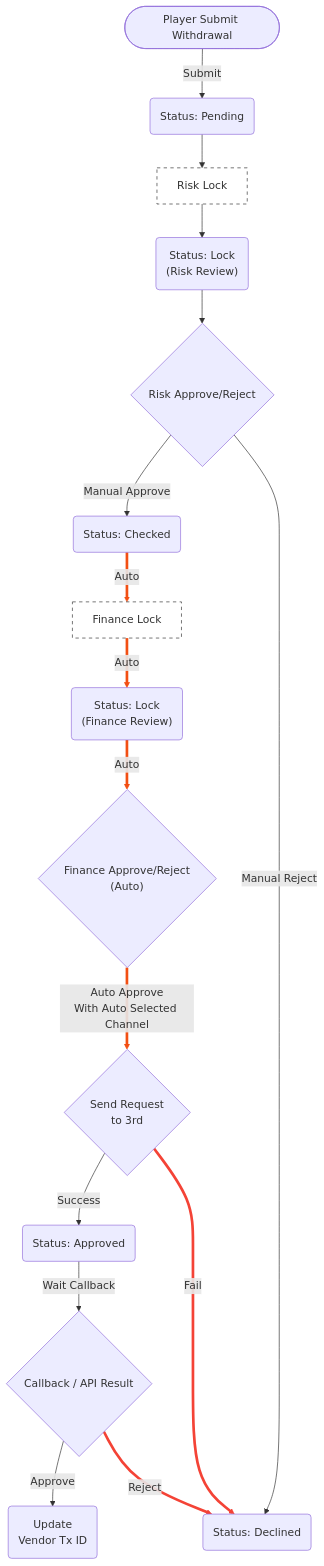
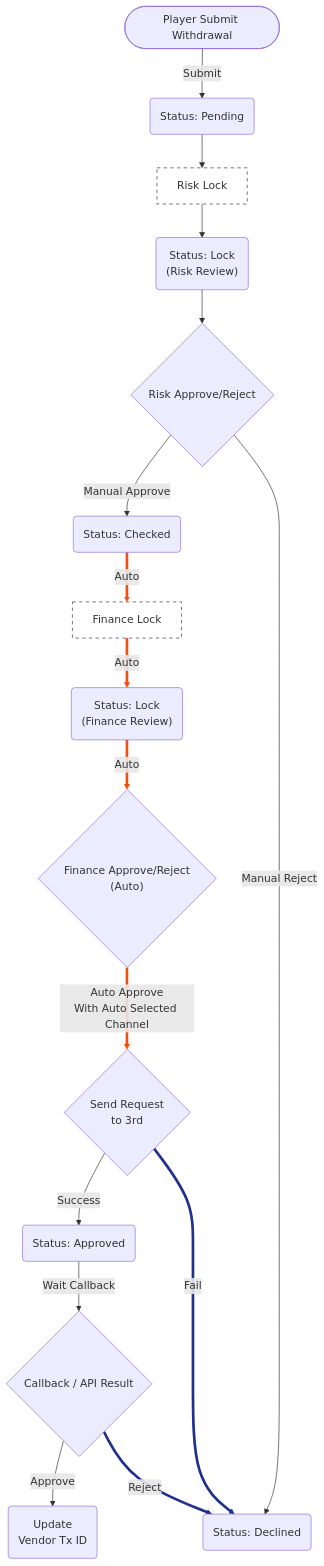
The second of 2 diagrams in no99_archive/sitflowchart.md (almightyken0425/SuSuGiGiSpec), drawn with Mermaid before and after one commit. The commit also changed other lines of this file, not shown here.

````diff
--- a/no99_archive/sitflowchart.md
+++ b/no99_archive/sitflowchart.md
@@ -93,54 +111,71 @@
 ```mermaid
 graph TD
     %% 節點定義
     StartAuto(["Player Submit Withdrawal"])
     PendingAuto("Status: Pending")
     
     RiskLockActionBoxAuto["Risk Lock"]
     RiskLockAuto("Status: Lock<br/>(Risk Review)")
     
     RiskActionAuto{"Risk Approve/Reject"}
     ApproveAuto("Status: Checked")
     
     FinanceLockActionBoxAuto["Finance Lock"]
     FinanceLockAuto("Status: Lock<br/>(Finance Review)")
     
     FinanceActionAuto{"Finance Approve/Reject<br/>(Auto)"}
     RequestActionAuto{"Send Request<br/>to 3rd"}
     FinanceApprovedAuto("Status: Approved")
 
     DeclineAuto("Status: Declined")
     SuccessAuto("Update<br>Vendor Tx ID")
     CallbackAuto{"Callback / API Result"}
 
     StartAuto -->|"Submit"| PendingAuto
     
     PendingAuto --> RiskLockActionBoxAuto
     RiskLockActionBoxAuto --> RiskLockAuto
     
     RiskLockAuto --> RiskActionAuto
     
     RiskActionAuto -->|"Manual Approve"| ApproveAuto
     
     ApproveAuto ==>|"Auto"| FinanceLockActionBoxAuto
     FinanceLockActionBoxAuto ==>|"Auto"| FinanceLockAuto
     FinanceLockAuto ==>|"Auto"| FinanceActionAuto
     FinanceActionAuto ==>|"Auto Approve<br/>With Auto Selected Channel"| RequestActionAuto
     
     RequestActionAuto -->|"Success"| FinanceApprovedAuto
     RequestActionAuto ==>|"Fail"| DeclineAuto
     
     FinanceApprovedAuto -->|"Wait Callback"| CallbackAuto
 
     CallbackAuto -->|"Approve"| SuccessAuto
     
     CallbackAuto ==>|"Reject"| DeclineAuto
 
     RiskActionAuto -->|"Manual Reject"| DeclineAuto
 
+    %% linkStyle 索引 (基於連接線出現順序):
+    %% 0: StartAuto -> PendingAuto
+    %% 1: PendingAuto -> RiskLockActionBoxAuto
+    %% 2: RiskLockActionBoxAuto -> RiskLockAuto
+    %% 3: RiskLockAuto -> RiskActionAuto
+    %% 4: RiskActionAuto -> ApproveAuto
+    %% 5: ApproveAuto ==> FinanceLockActionBoxAuto
+    %% 6: FinanceLockActionBoxAuto ==> FinanceLockAuto
+    %% 7: FinanceLockAuto ==> FinanceActionAuto
+    %% 8: FinanceActionAuto ==> RequestActionAuto
+    %% 9: RequestActionAuto --> FinanceApprovedAuto
+    %% 10: RequestActionAuto ==> DeclineAuto (Fail)
+    %% 11: FinanceApprovedAuto --> CallbackAuto
+    %% 12: CallbackAuto --> SuccessAuto
+    %% 13: CallbackAuto ==> DeclineAuto (Reject)
+    %% 14: RiskActionAuto --> DeclineAuto
+
     linkStyle 5,6,7,8 stroke:#F24F13,stroke-width:4px;
-    linkStyle 10,13 stroke:#f44336,stroke-width:4px;
+    linkStyle 10,13 stroke:#20308c,stroke-width:4px;
 
     style RiskLockActionBoxAuto fill:#fff,stroke:#333,stroke-dasharray: 5 5
     style FinanceLockActionBoxAuto fill:#fff,stroke:#333,stroke-dasharray: 5 5
 ```
````
